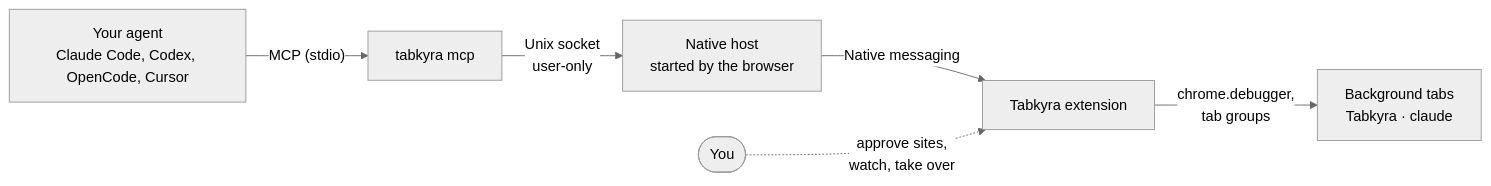
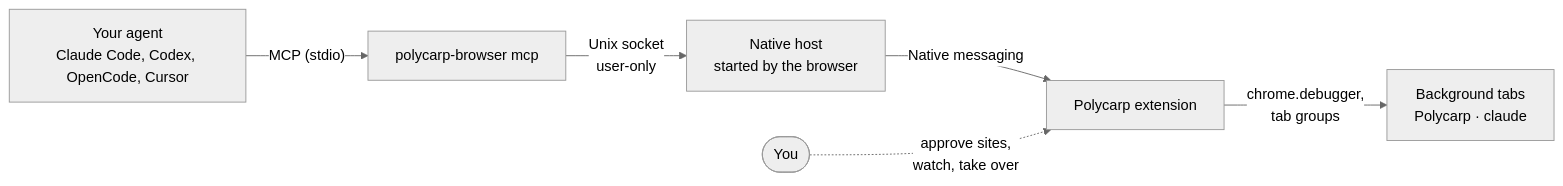
One commit to baney75/polycarp changed the diagram in browser/README.md. Above: the diagram before and after it, drawn with Mermaid (neutral theme). The commit also changed other lines of this file and 40 other files, not shown here.

````diff
--- a/browser/README.md
+++ b/browser/README.md
@@ -480,8 +480,8 @@
 ```mermaid
 flowchart LR
-  A["Your agent<br/>Claude Code, Codex, OpenCode, Cursor"] -- "MCP (stdio)" --> B["tabkyra mcp"]
+  A["Your agent<br/>Claude Code, Codex, OpenCode, Cursor"] -- "MCP (stdio)" --> B["polycarp-browser mcp"]
   B -- "Unix socket<br/>user-only" --> C["Native host<br/>started by the browser"]
-  C -- "Native messaging" --> D["Tabkyra extension"]
-  D -- "chrome.debugger,<br/>tab groups" --> E["Background tabs<br/>Tabkyra · claude"]
+  C -- "Native messaging" --> D["Polycarp extension"]
+  D -- "chrome.debugger,<br/>tab groups" --> E["Background tabs<br/>Polycarp · claude"]
   U(["You"]) -. "approve sites,<br/>watch, take over" .-> D
 ```
````
